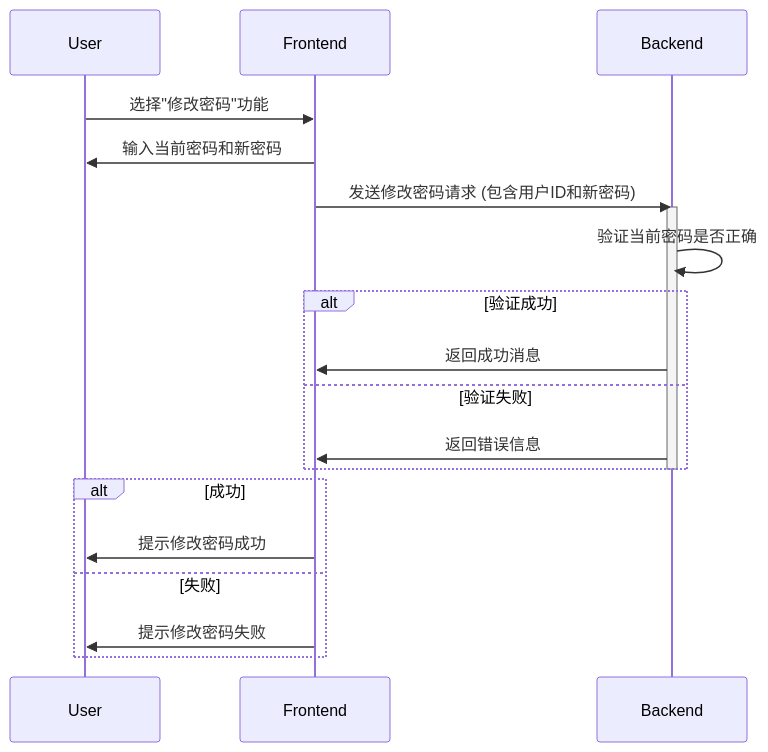
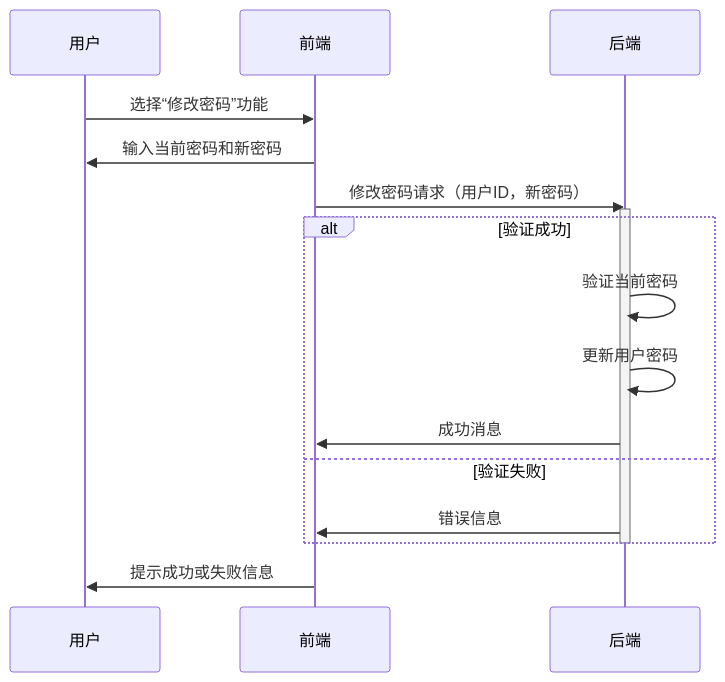
Before and after one commit to qianlong520/iodraw-files: the diagram in all/未命名-2.md, drawn with Mermaid.

Commit message:
2024-11-04 13:49:20 update

````diff
--- a/all/未命名-2.md
+++ b/all/未命名-2.md
@@ -1,23 +1,20 @@
 ```mermaid
 sequenceDiagram
-    participant User
-    participant Frontend
-    participant Backend
+    participant 用户
+    participant 前端
+    participant 后端
 
-    User->>Frontend: 选择"修改密码"功能
-    Frontend->>User: 输入当前密码和新密码
-    Frontend->>Backend: 发送修改密码请求 (包含用户ID和新密码)
-    activate Backend
-    Backend->>Backend: 验证当前密码是否正确
+    用户->>前端: 选择“修改密码”功能
+    前端->>用户: 输入当前密码和新密码
+    前端->>后端: 修改密码请求（用户ID，新密码）
+    activate 后端
     alt 验证成功
-        Backend->>Frontend: 返回成功消息
+        后端->>后端: 验证当前密码
+        后端->>后端: 更新用户密码
+        后端->>前端: 成功消息
     else 验证失败
-        Backend->>Frontend: 返回错误信息
+        后端->>前端: 错误信息
     end
-    deactivate Backend
-    alt 成功
-        Frontend->>User: 提示修改密码成功
-    else 失败
-        Frontend->>User: 提示修改密码失败
-    end
+    deactivate 后端
+    前端->>用户: 提示成功或失败信息
 ```
````
